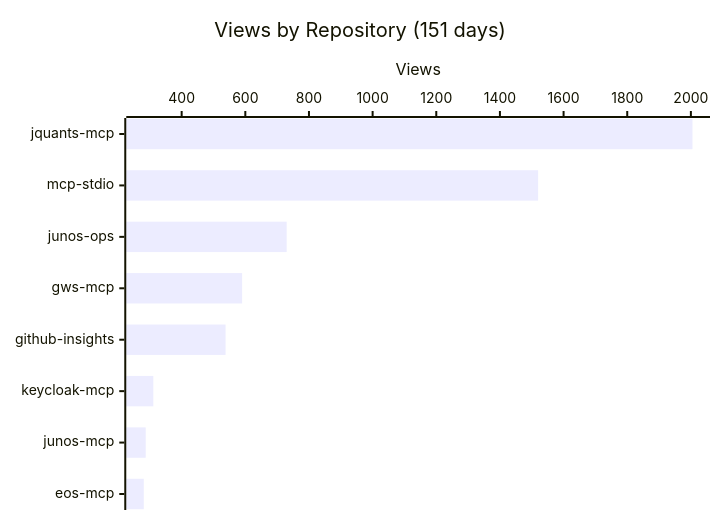
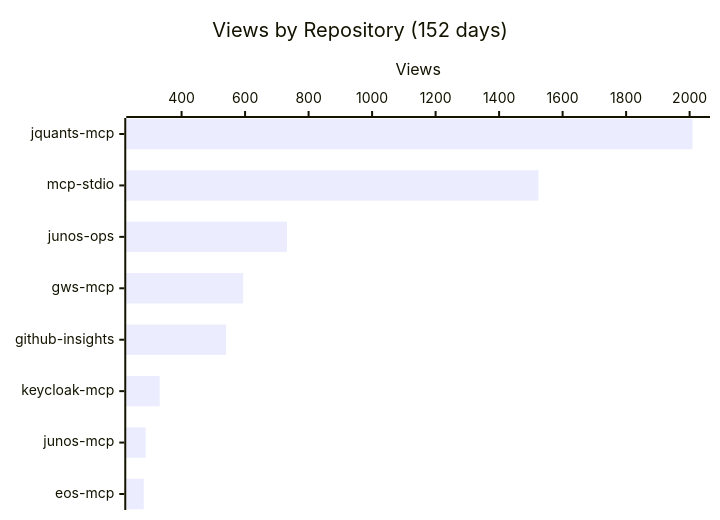
The first of 4 diagrams in README.md (shigechika/github-insights), drawn with Mermaid before and after one commit. The commit also changed other lines of this file and 2 other files, not shown here.

````diff
--- a/README.md
+++ b/README.md
@@ -18,7 +18,7 @@
 ```mermaid
 xychart-beta horizontal
-    title "Views by Repository (151 days)"
+    title "Views by Repository (152 days)"
     x-axis ["jquants-mcp", "mcp-stdio", "junos-ops", "gws-mcp", "github-insights", "keycloak-mcp", "junos-mcp", "eos-mcp"]
     y-axis "Views"
-    bar [2005, 1520, 730, 590, 538, 311, 287, 281]
+    bar [2009, 1524, 732, 594, 540, 331, 287, 281]
 ```
````
